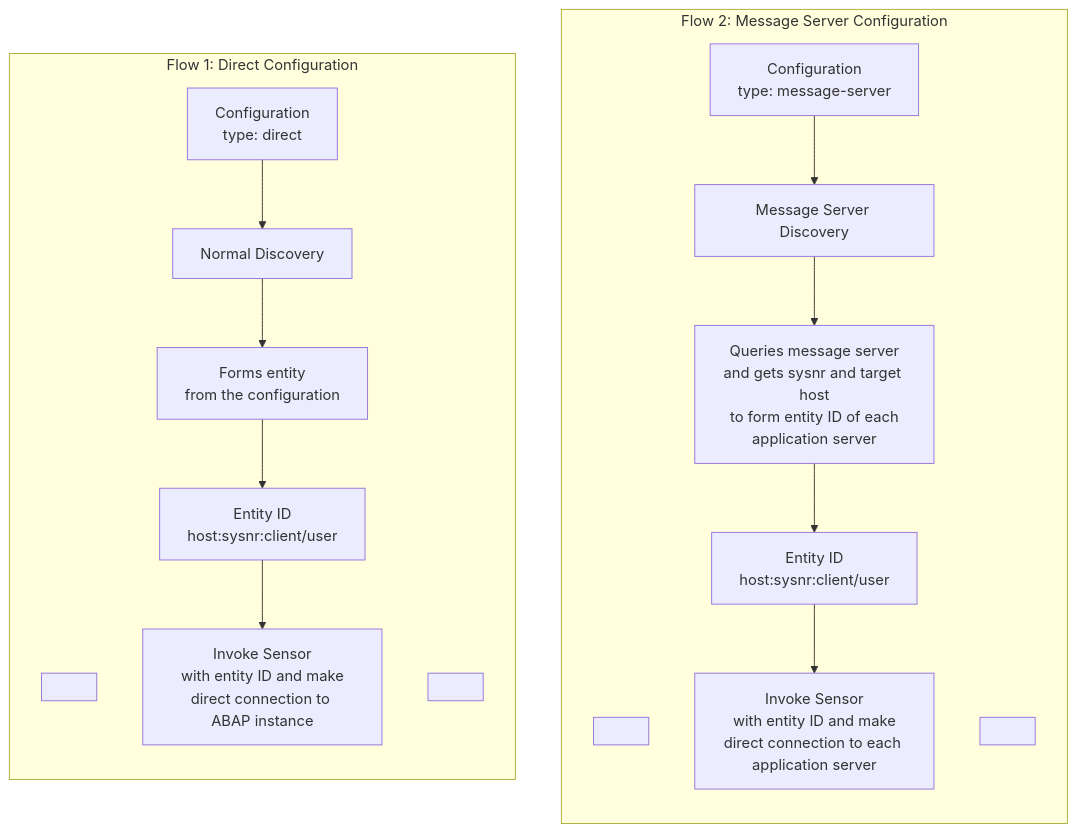
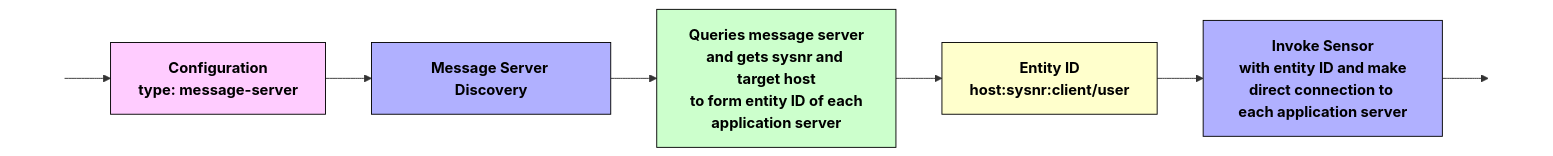
The second of 2 diagrams in test.md (chinmayi714/crud), drawn with Mermaid before and after one commit. The commit also changed other lines of this file, not shown here.

````diff
--- a/test.md
+++ b/test.md
@@ -3,46 +25,18 @@
 ```mermaid
 flowchart LR
-    %% Flow 1
-    subgraph F1["Flow 1: Direct Configuration"]
-        direction TB
-        f1_space_top[" "]:::hidden
-        f1_config["Configuration<br/>type: direct"]
-        f1_discovery["Normal Discovery"]
-        f1_entityForm["Forms entity<br/>from the configuration"]
-        f1_entityId["Entity ID<br/>host:sysnr:client/user"]
-        f1_sensor["Invoke Sensor<br/>with entity ID and make<br/>direct connection to ABAP instance"]
-        f1_space_bottom[" "]:::hidden
+  f2_pad_left[" "]:::hidden --> f2_config["Configuration<br>type: message-server"] --> f2_msgDiscovery["Message Server Discovery"] --> f2_queries["Queries message server<br>and gets sysnr and target host<br>to form entity ID of each<br>application server"] --> f2_entityId["Entity ID<br>host:sysnr:client/user"] --> f2_sensor["Invoke Sensor<br>with entity ID and make<br>direct connection to each application server"] --> f2_pad_right[" "]:::hidden
 
-        f1_config --> f1_discovery
-        f1_discovery --> f1_entityForm
-        f1_entityForm --> f1_entityId
-        f1_entityId --> f1_sensor
-    end
-
-    %% Add space between subgraphs
-    F1 ~~~ F2
-
-    %% Flow 2
-    subgraph F2["Flow 2: Message Server Configuration"]
-        direction TB
-        f2_space_top[" "]:::hidden
-        f2_config["Configuration<br/>type: message-server"]
-        f2_msgDiscovery["Message Server Discovery"]
-        f2_queries["Queries message server<br/>and gets sysnr and target host<br/>to form entity ID of each<br/>application server"]
-        f2_entityId["Entity ID<br/>host:sysnr:client/user"]
-        f2_sensor["Invoke Sensor<br/>with entity ID and make<br/>direct connection to each application server"]
-        f2_space_bottom[" "]:::hidden
-
-        f2_config --> f2_msgDiscovery
-        f2_msgDiscovery --> f2_queries
-        f2_queries --> f2_entityId
-        f2_entityId --> f2_sensor
-    end
-
-    %% Styles
-    classDef pink fill:#ffccff,stroke:#000,color:#000,font-weight:bold;
-    classDef blue fill:#99ccff,stroke:#000,color:
-
-
-
+  %% Styling
+  classDef pink fill:#ffccff,stroke:#000,color:#000,font-weight:bold
+  classDef blue fill:#b0b0ff,stroke:#000,color:#000,font-weight:bold
+  classDef green fill:#ccffcc,stroke:#000,color:#000,font-weight:bold
+  classDef yellow fill:#ffffcc,stroke:#000,color:#000,font-weight:bold
+  classDef hidden fill:none,stroke:none
+  
+  %% Apply styles
+  f2_config:::pink
+  f2_msgDiscovery:::blue
+  f2_queries:::green
+  f2_entityId:::yellow
+  f2_sensor:::blue
 ```
````
